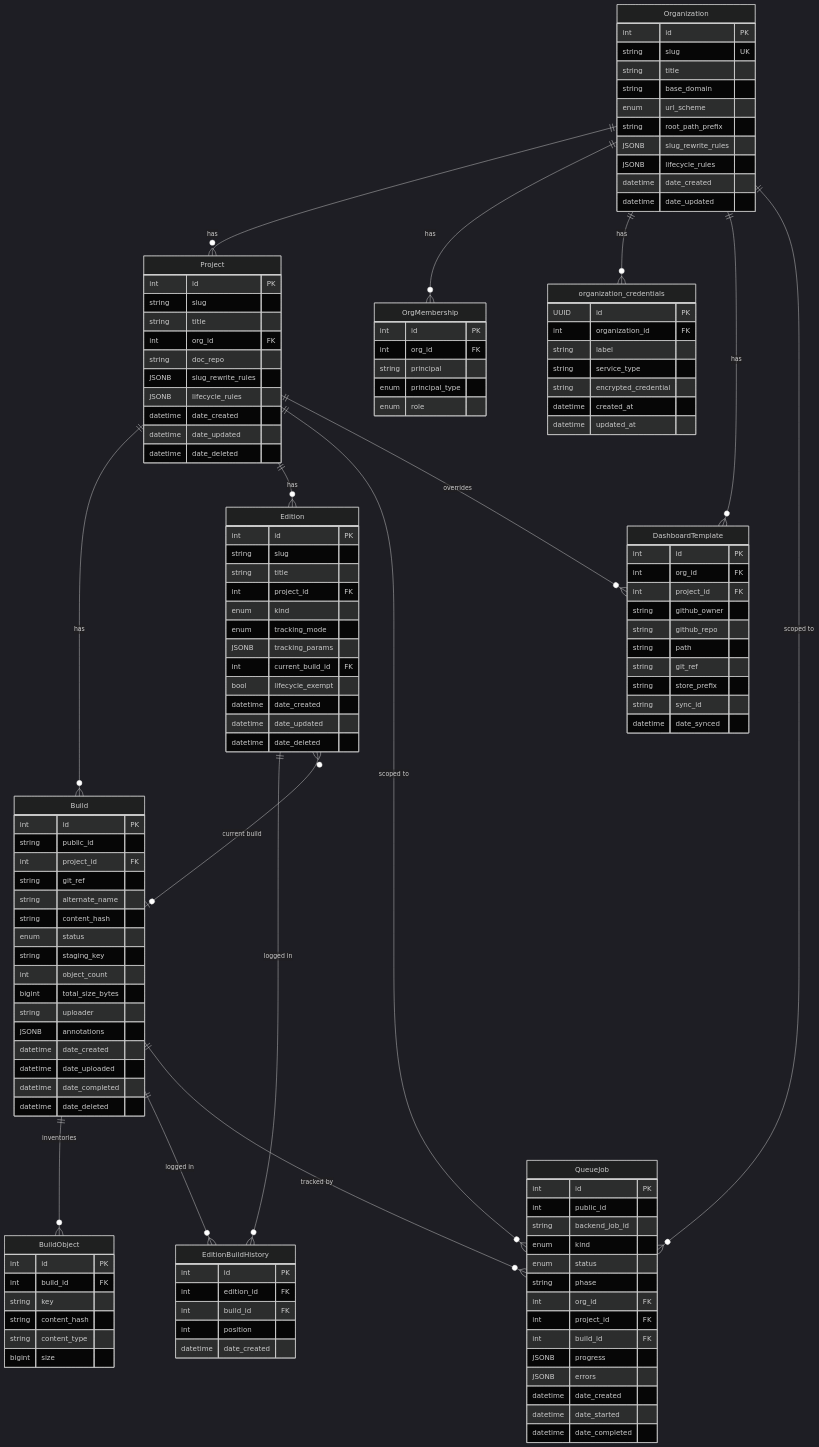
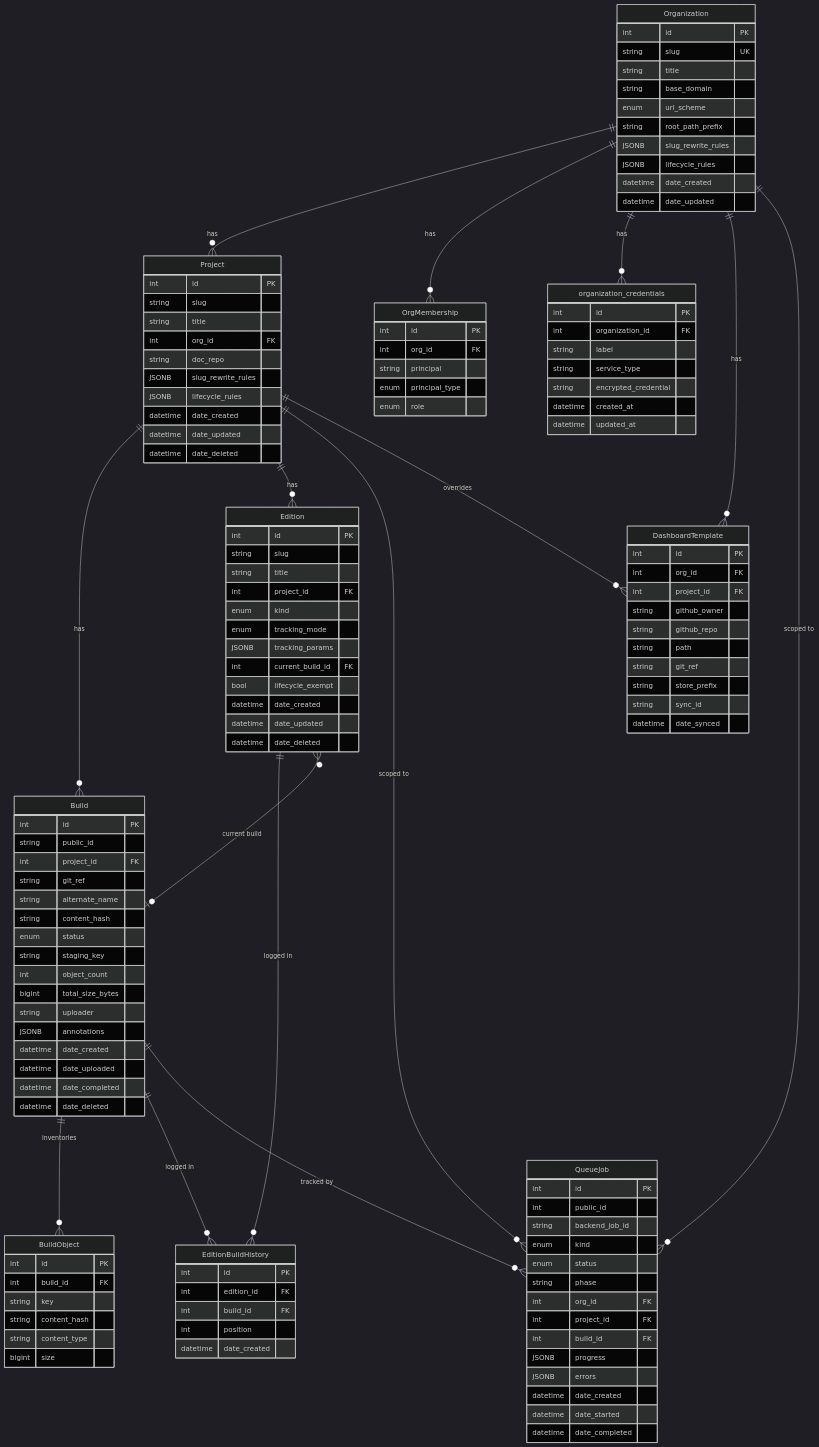
Before and after one commit to lsst-sqre/sqr-112: the diagram in _dbschema.md, drawn with Mermaid (dark theme). The commit also changed other lines of this file and 1 other file, not shown here.

```diff
--- a/_dbschema.md
+++ b/_dbschema.md
@@ -94,7 +94,7 @@
     }
 
     organization_credentials {
-        UUID id PK
+        int id PK
         int organization_id FK
         string label
         string service_type
```
